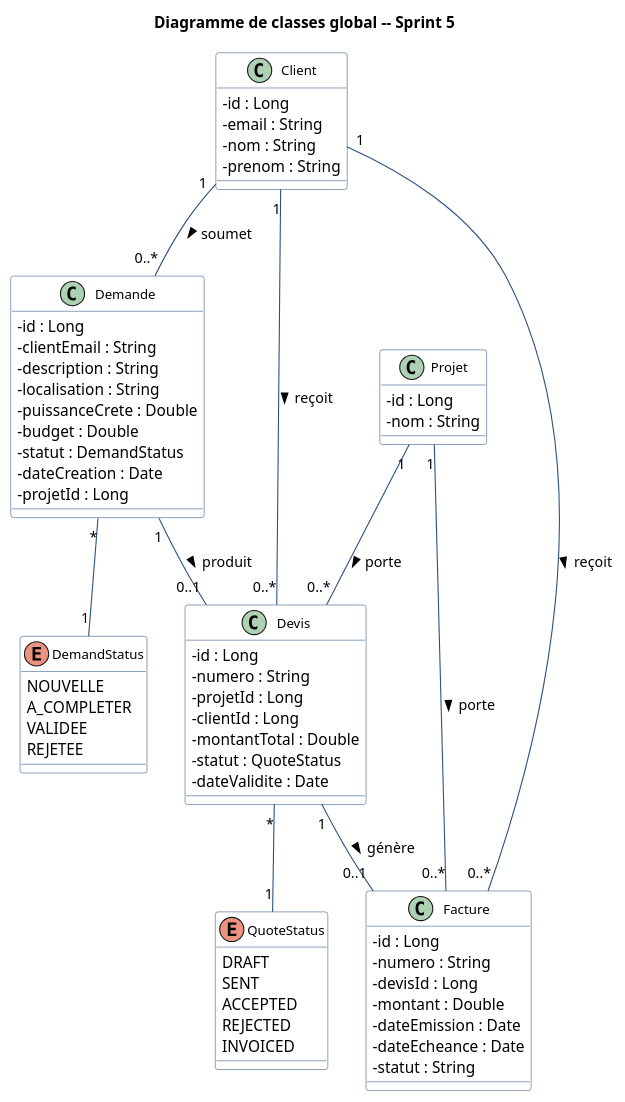
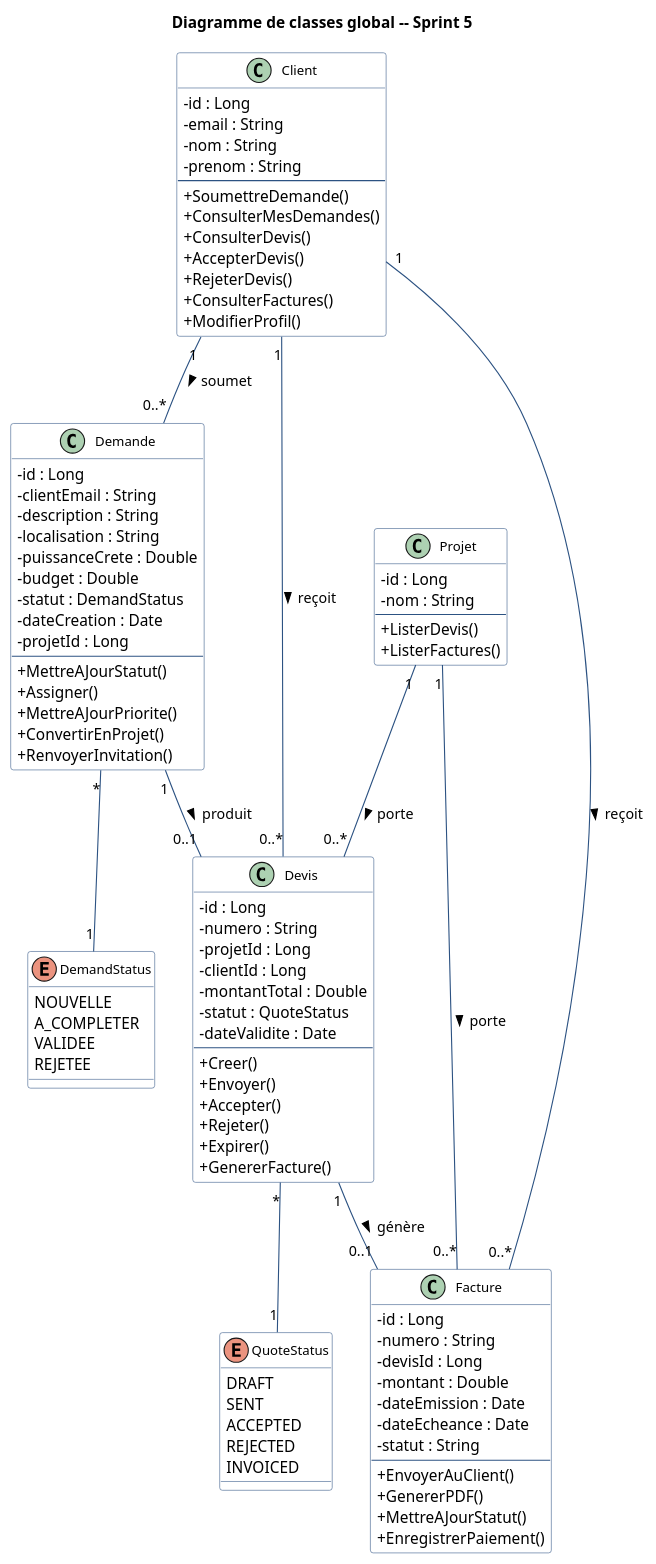
One commit to LouayJDAY/SolarEase changed the diagram in rapport/overleaf/class-sprint5.puml. Above: the diagram before and after it, drawn with PlantUML. The commit also changed 205 other files, not shown here.

```diff
--- a/rapport/overleaf/class-sprint5.puml
+++ b/rapport/overleaf/class-sprint5.puml
@@ -1,85 +1,114 @@
 @startuml class-sprint5
 title Diagramme de classes global -- Sprint 5
 
 skinparam classAttributeIconSize 0
 skinparam shadowing false
 skinparam class {
     BackgroundColor #FFFFFF
     BorderColor     #2C5282
     ArrowColor      #2C5282
     FontSize        12
 }
 
 class Client {
     - id : Long
     - email : String
     - nom : String
     - prenom : String
+    --
+    + SoumettreDemande()
+    + ConsulterMesDemandes()
+    + ConsulterDevis()
+    + AccepterDevis()
+    + RejeterDevis()
+    + ConsulterFactures()
+    + ModifierProfil()
 }
 
 class Demande {
     - id : Long
     - clientEmail : String
     - description : String
     - localisation : String
     - puissanceCrete : Double
     - budget : Double
     - statut : DemandStatus
     - dateCreation : Date
     - projetId : Long
+    --
+    + MettreAJourStatut()
+    + Assigner()
+    + MettreAJourPriorite()
+    + ConvertirEnProjet()
+    + RenvoyerInvitation()
 }
 
 class Devis {
     - id : Long
     - numero : String
     - projetId : Long
     - clientId : Long
     - montantTotal : Double
     - statut : QuoteStatus
     - dateValidite : Date
+    --
+    + Creer()
+    + Envoyer()
+    + Accepter()
+    + Rejeter()
+    + Expirer()
+    + GenererFacture()
 }
 
 class Facture {
     - id : Long
     - numero : String
     - devisId : Long
     - montant : Double
     - dateEmission : Date
     - dateEcheance : Date
     - statut : String
+    --
+    + EnvoyerAuClient()
+    + GenererPDF()
+    + MettreAJourStatut()
+    + EnregistrerPaiement()
 }
 
 class Projet {
     - id : Long
     - nom : String
+    --
+    + ListerDevis()
+    + ListerFactures()
 }
 
 enum DemandStatus {
     NOUVELLE
     A_COMPLETER
     VALIDEE
     REJETEE
 }
 
 enum QuoteStatus {
     DRAFT
     SENT
     ACCEPTED
     REJECTED
     INVOICED
 }
 
 Client   "1" -- "0..*" Demande : soumet >
 Client   "1" -- "0..*" Devis   : reçoit >
 Client   "1" -- "0..*" Facture : reçoit >
 
 Projet   "1" -- "0..*" Devis   : porte >
 Projet   "1" -- "0..*" Facture : porte >
 
 Demande  "1" -- "0..1" Devis   : produit >
 Devis    "1" -- "0..1" Facture : génère >
 
 Demande "*" -- "1" DemandStatus
 Devis   "*" -- "1" QuoteStatus
 
 @enduml
```
